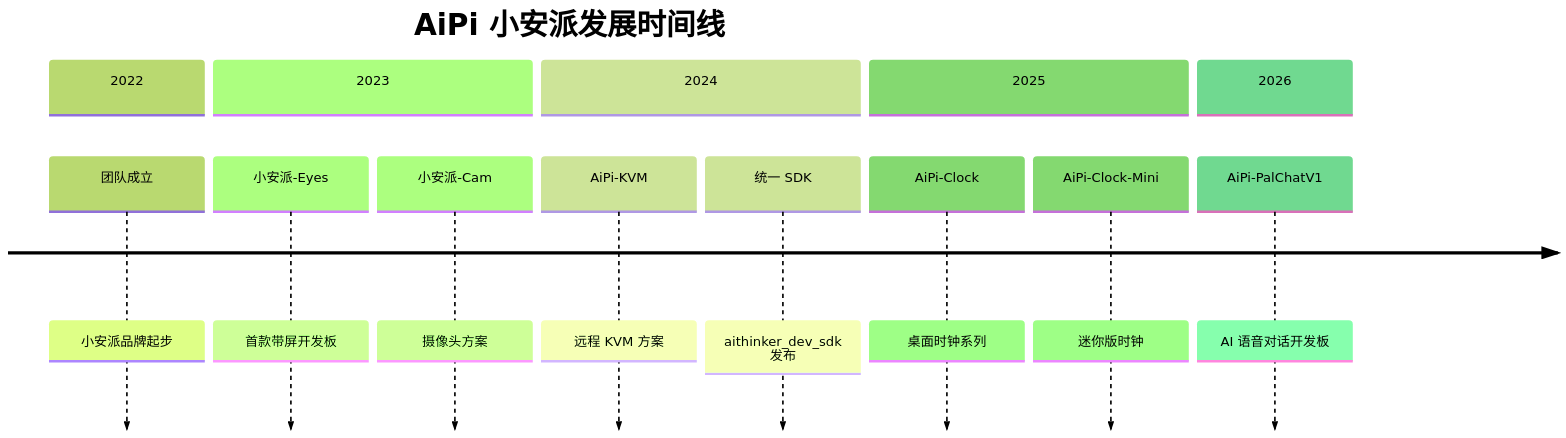
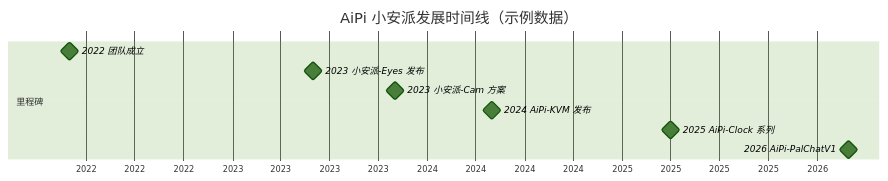
The diagram in profile/README.md (Ai-Thinker-AiPi/.github), drawn with Mermaid (forest theme) before and after one commit. The commit also changed 1 other file, not shown here.

Commit message:
demo: use gantt timeline (renders reliably on GitHub)

````diff
--- a/profile/README.md
+++ b/profile/README.md
@@ -24,17 +24,13 @@
 ```mermaid
-timeline
-    title AiPi 小安派发展时间线
-    section 2022
-        团队成立 : 小安派品牌起步
-    section 2023
-        小安派-Eyes : 首款带屏开发板
-        小安派-Cam : 摄像头方案
-    section 2024
-        AiPi-KVM : 远程 KVM 方案
-        统一 SDK : aithinker_dev_sdk 发布
-    section 2025
-        AiPi-Clock : 桌面时钟系列
-        AiPi-Clock-Mini : 迷你版时钟
-    section 2026
-        AiPi-PalChatV1 : AI 语音对话开发板
+gantt
+    title AiPi 小安派发展时间线（示例数据）
+    dateFormat YYYY-MM-DD
+    axisFormat %Y
+    section 里程碑
+    2022 团队成立 :milestone, 2022-03-01, 0d
+    2023 小安派-Eyes 发布 :milestone, 2023-06-01, 0d
+    2023 小安派-Cam 方案 :milestone, 2023-11-01, 0d
+    2024 AiPi-KVM 发布 :milestone, 2024-05-01, 0d
+    2025 AiPi-Clock 系列 :milestone, 2025-04-01, 0d
+    2026 AiPi-PalChatV1 :milestone, 2026-03-01, 0d
 ```
````
